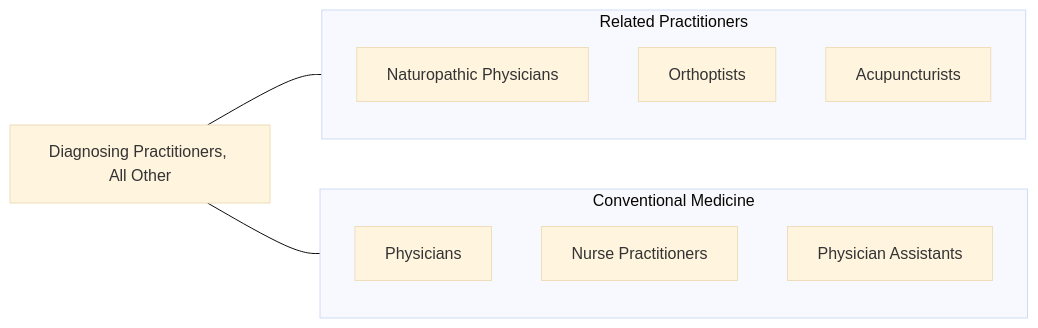
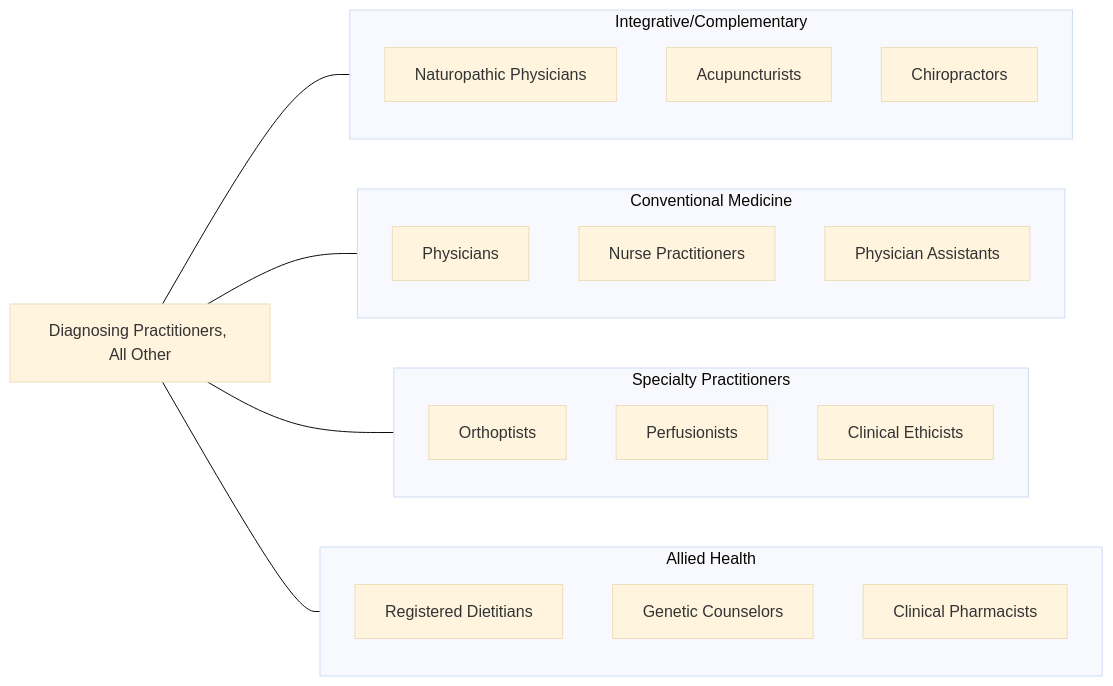
Before and after one commit to kziemski/business.org.ai: the fourth of 4 diagrams in occupations/HealthcarePractitioners/HealthcareDiagnosingORTreatingPractitioners.mdx, drawn with Mermaid (base theme). The commit also changed other lines of this file and 885 other files, not shown here.

````diff
--- a/occupations/HealthcarePractitioners/HealthcareDiagnosingORTreatingPractitioners.mdx
+++ b/occupations/HealthcarePractitioners/HealthcareDiagnosingORTreatingPractitioners.mdx
@@ -53,19 +309,33 @@
 ```mermaid
 graph LR
     Current["Diagnosing Practitioners, All Other"]
 
-    subgraph Practitioners["Related Practitioners"]
+    subgraph Integrative["Integrative/Complementary"]
         NDs["Naturopathic Physicians"]
-        Orthoptists["Orthoptists"]
         Acupuncturists["Acupuncturists"]
+        Chiropractors["Chiropractors"]
     end
 
     subgraph Conventional["Conventional Medicine"]
         Physicians["Physicians"]
         NPs["Nurse Practitioners"]
         PAs["Physician Assistants"]
     end
 
-    Current --- Practitioners
+    subgraph Specialty["Specialty Practitioners"]
+        Orthoptists["Orthoptists"]
+        Perfusionists["Perfusionists"]
+        Ethicists["Clinical Ethicists"]
+    end
+
+    subgraph AlliedHealth["Allied Health"]
+        Dietitians["Registered Dietitians"]
+        GeneticCounselors["Genetic Counselors"]
+        PharmDs["Clinical Pharmacists"]
+    end
+
+    Current --- Integrative
     Current --- Conventional
+    Current --- Specialty
+    Current --- AlliedHealth
 ```
````
